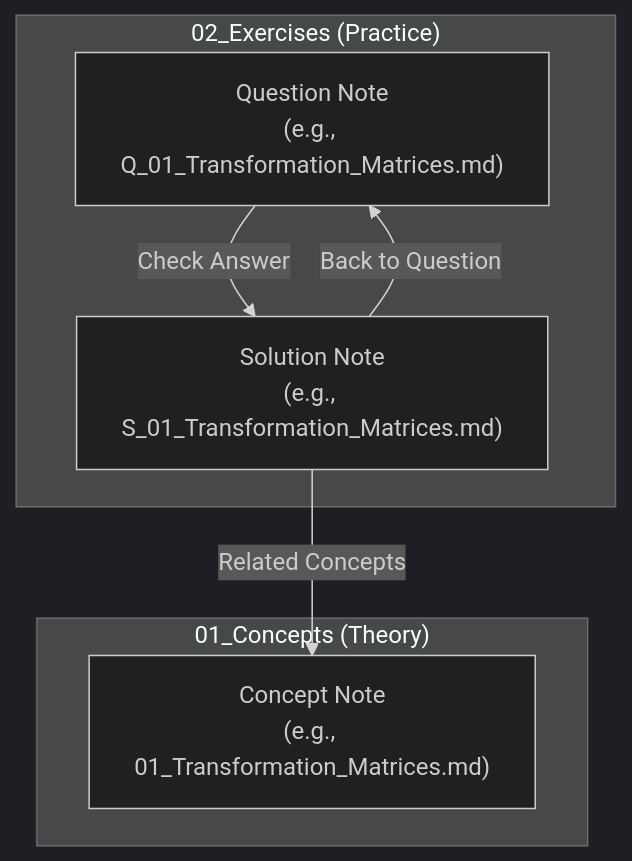
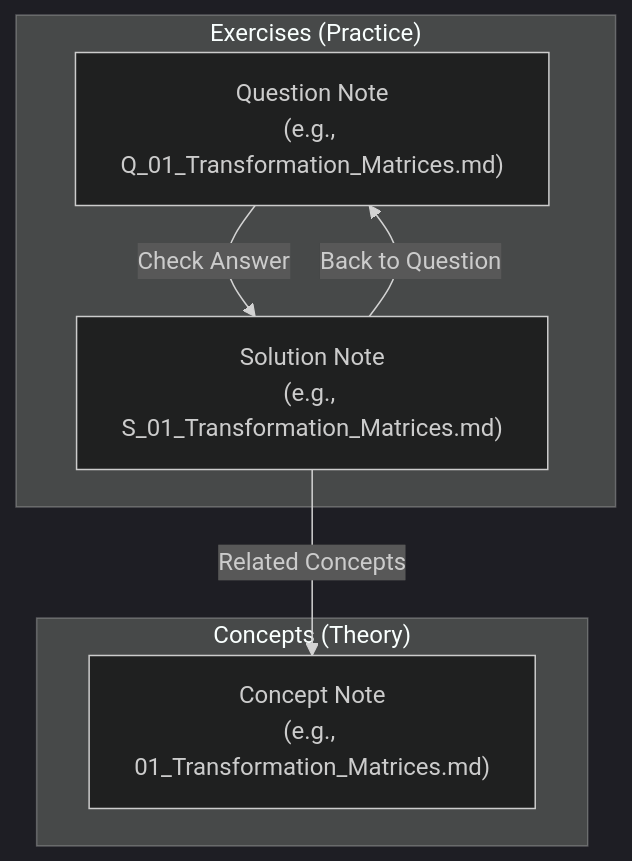
Before and after one commit to alessandrogpz/game-engine-notes: the diagram in README.md, drawn with Mermaid (dark theme). The commit also changed other lines of this file and 337 other files, not shown here.

````diff
--- a/README.md
+++ b/README.md
@@ -54,15 +58,15 @@
 ```mermaid
 graph TD
-    subgraph Concepts ["01_Concepts (Theory)"]
+    subgraph Concepts ["Concepts (Theory)"]
         C["Concept Note<br>(e.g., 01_Transformation_Matrices.md)"]
     end
 
-    subgraph Exercises ["02_Exercises (Practice)"]
+    subgraph Exercises ["Exercises (Practice)"]
         Q["Question Note<br>(e.g., Q_01_Transformation_Matrices.md)"]
         S["Solution Note<br>(e.g., S_01_Transformation_Matrices.md)"]
     end
 
     Q -- "Check Answer" --> S
     S -- "Back to Question" --> Q
     S -- "Related Concepts" --> C
 ```
````
